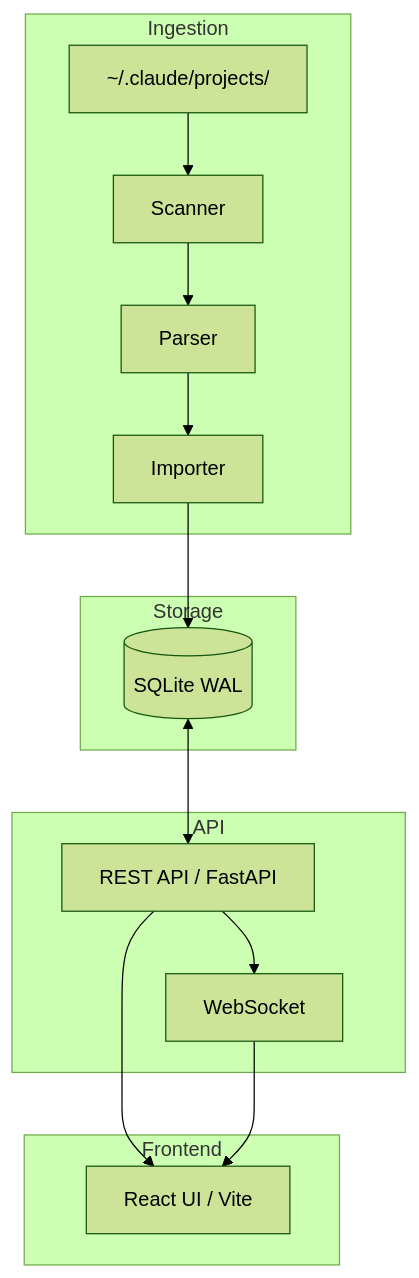
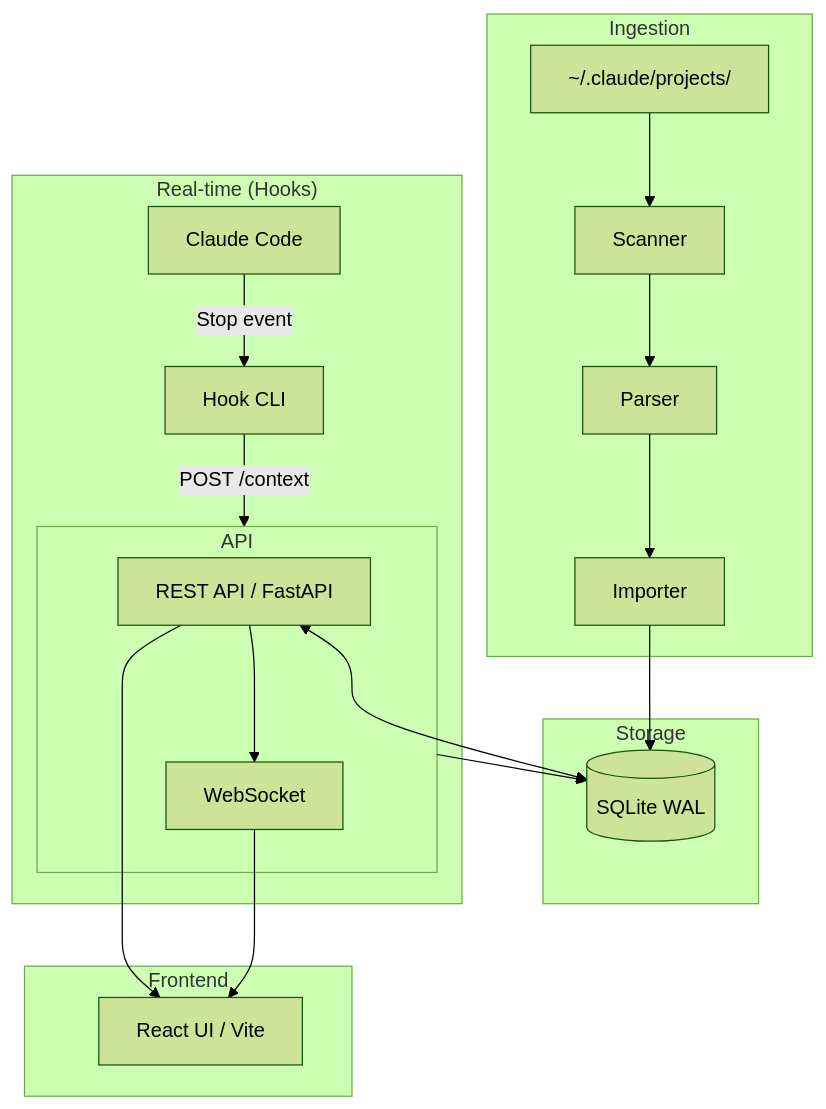
One commit to quickcall-dev/quickcall-supertrace changed the first of 4 diagrams in docs/concepts/architecture.md. Above: the diagram before and after it, drawn with Mermaid (forest theme). The commit also changed other lines of this file and 30 other files, not shown here.

First line of the commit message:
feat: real-time context window tracking, session status bar, unread dot in sidebar (#92)

````diff
--- a/docs/concepts/architecture.md
+++ b/docs/concepts/architecture.md
@@ -7,22 +7,28 @@
 ```mermaid
 flowchart TB
+    subgraph "Real-time (Hooks)"
+        H1[Claude Code] -->|Stop event| H2[Hook CLI]
+        H2 -->|POST /context| API
+    end
+
     subgraph Ingestion
         A[~/.claude/projects/] --> B[Scanner]
         B --> C[Parser]
         C --> D[Importer]
     end
 
     subgraph Storage
         D --> E[(SQLite WAL)]
+        API --> E
     end
 
     subgraph API
         E <--> F[REST API / FastAPI]
         F --> G[WebSocket]
     end
 
     subgraph Frontend
         F --> H[React UI / Vite]
         G --> H
     end
 ```
````
